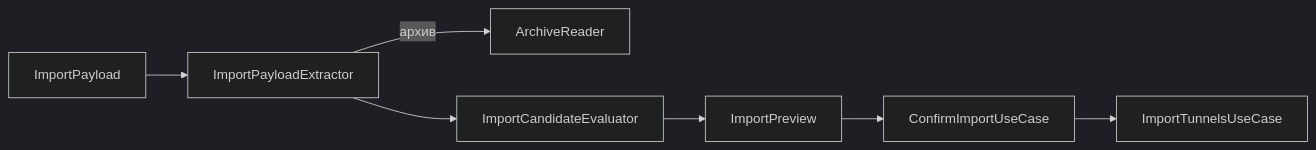
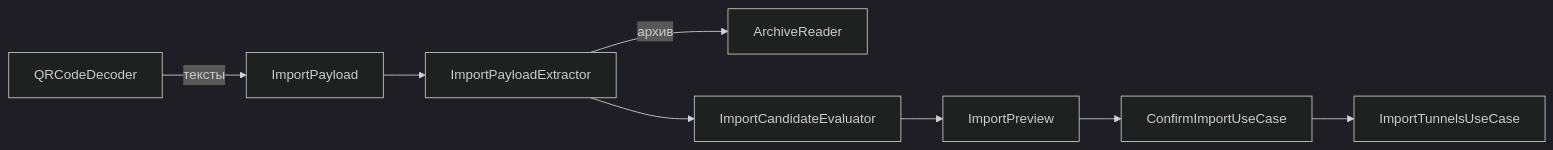
Before and after one commit to facelessdiplomat/splitway: the diagram in docs/features/TunnelImport.md, drawn with Mermaid (dark theme). The commit also changed other lines of this file and 17 other files, not shown here.

````diff
--- a/docs/features/TunnelImport.md
+++ b/docs/features/TunnelImport.md
@@ -24,9 +24,10 @@
 ```mermaid
 flowchart LR
-  Payload[ImportPayload] --> Extractor[ImportPayloadExtractor]
+  QR[QRCodeDecoder] -->|тексты| Payload[ImportPayload]
+  Payload --> Extractor[ImportPayloadExtractor]
   Extractor -->|архив| Reader[ArchiveReader]
   Extractor --> Evaluator[ImportCandidateEvaluator]
   Evaluator --> Preview[ImportPreview]
   Preview --> Confirm[ConfirmImportUseCase]
   Confirm --> Library[ImportTunnelsUseCase]
 ```
````
